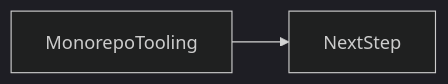
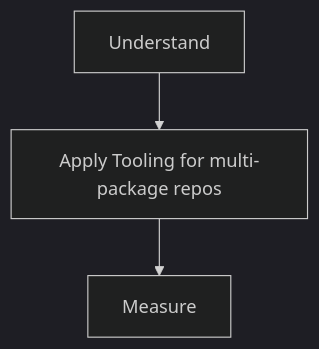
The second of 2 diagrams in docs/en/14-build-tools/monorepo-tooling/index.md (OmidJavaherii/Frontend-Engineering-Handbook), drawn with Mermaid (dark theme) before and after one commit. The commit also changed other lines of this file and 461 other files, not shown here.

````diff
--- a/docs/en/14-build-tools/monorepo-tooling/index.md
+++ b/docs/en/14-build-tools/monorepo-tooling/index.md
@@ -96,4 +112,5 @@
 ```mermaid
-flowchart LR
-  concept[MonorepoTooling] --> nextStep[NextStep]
+flowchart TD
+  A[Understand] --> B[Apply Tooling for multi-package repos]
+  B --> C[Measure]
 ```
````
